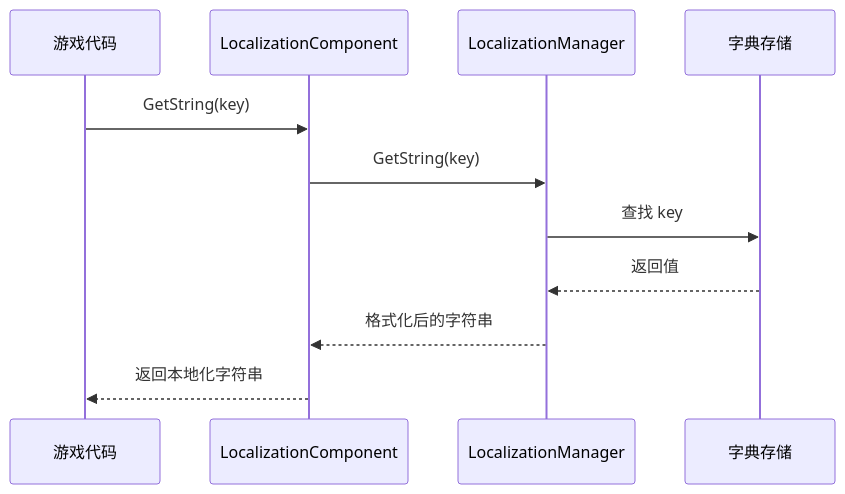
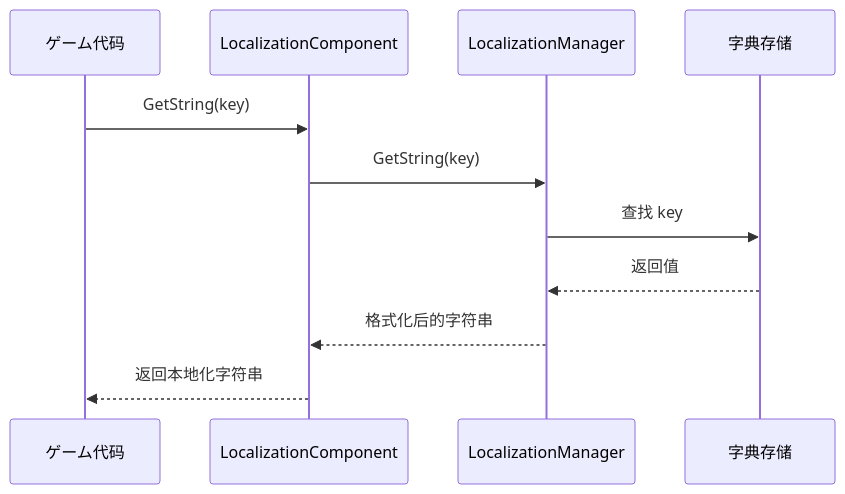
One commit to AlianBlank/GameFrameX.Docs changed the second of 3 diagrams in docs/ja/client/unity/component/localization/03.getting-started.md. Above: the diagram before and after it, drawn with Mermaid. The commit also changed other lines of this file and 603 other files, not shown here.

````diff
--- a/docs/ja/client/unity/component/localization/03.getting-started.md
+++ b/docs/ja/client/unity/component/localization/03.getting-started.md
@@ -48,14 +48,14 @@
 ```mermaid
 sequenceDiagram
-    participant GameCode as 游戏代码
+    participant GameCode as ゲーム代码
     participant LocComp as LocalizationComponent
     participant LocMgr as LocalizationManager
     participant Dict as 字典存储
     
     GameCode->>LocComp: GetString(key)
     LocComp->>LocMgr: GetString(key)
     LocMgr->>Dict: 查找 key
     Dict-->>LocMgr: 返回值
     LocMgr-->>LocComp: 格式化后的字符串
     LocComp-->>GameCode: 返回本地化字符串
 ```
````
